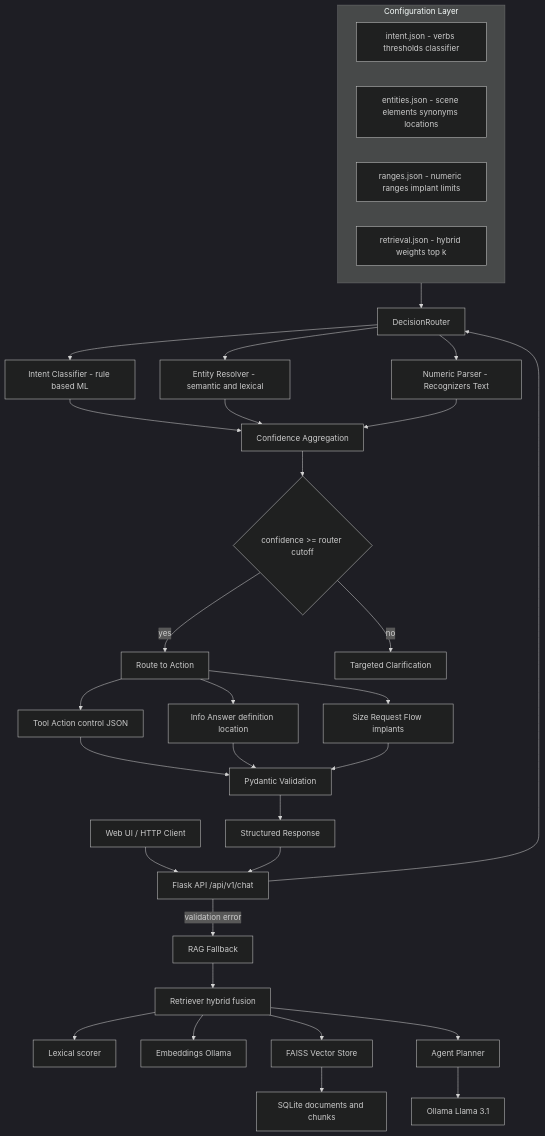
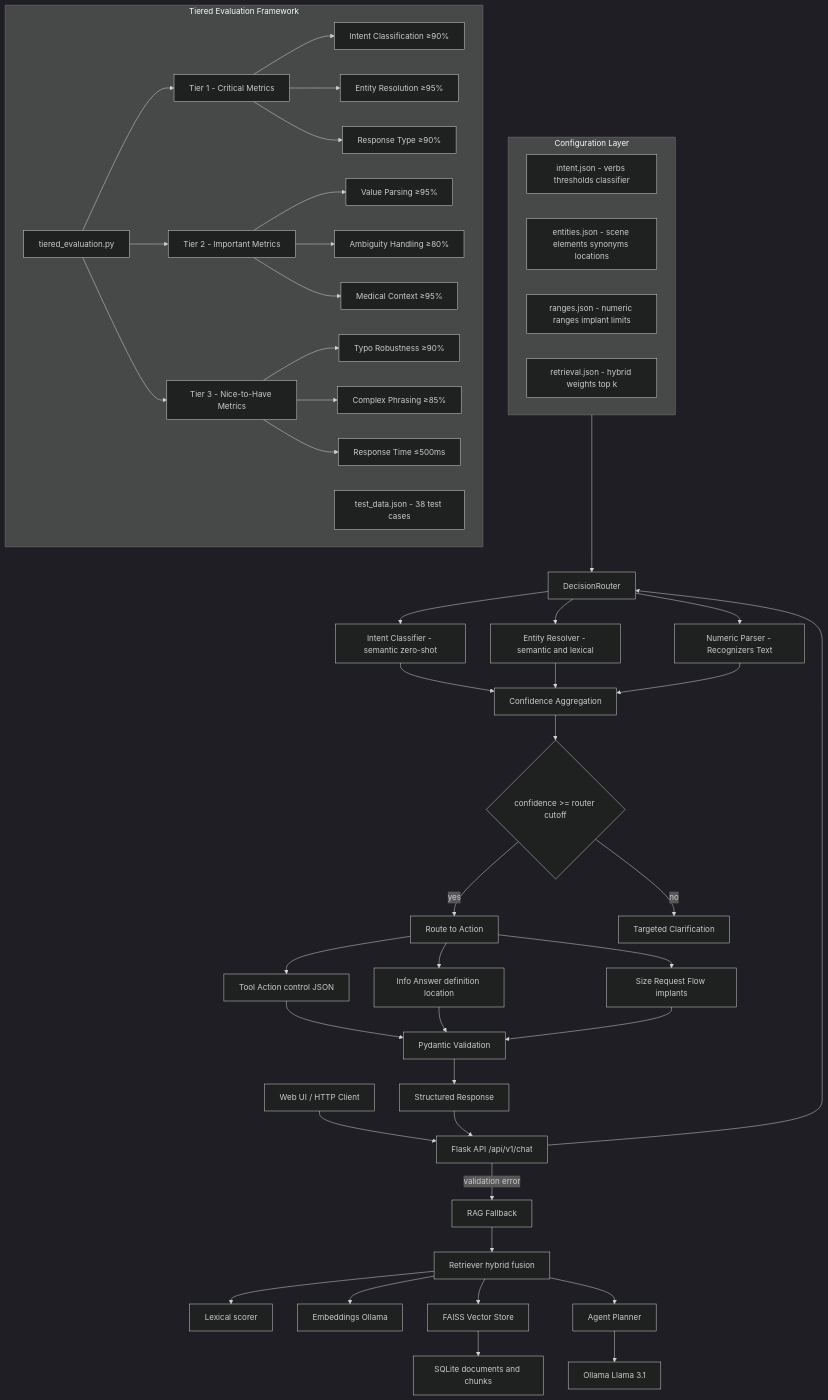
The diagram in docs/architecture.md (Mohitnayak/agentic_RAG_medical_VR), drawn with Mermaid (dark theme) before and after one commit. The commit also changed other lines of this file and 15 other files, not shown here.

Commit message:
Added zero shot parsing and evaluation methods

````diff
--- a/docs/architecture.md
+++ b/docs/architecture.md
@@ -7,46 +7,67 @@
 ```mermaid
 flowchart TB
     UI[Web UI / HTTP Client] --> API[Flask API /api/v1/chat]
 
     subgraph Config[Configuration Layer]
         INTENT_CFG[intent.json - verbs thresholds classifier]
         ENTITIES_CFG[entities.json - scene elements synonyms locations]
         RANGES_CFG[ranges.json - numeric ranges implant limits]
         RETRIEVAL_CFG[retrieval.json - hybrid weights top k]
     end
 
     API --> ROUTER[DecisionRouter]
     Config --> ROUTER
 
-    ROUTER --> IC[Intent Classifier - rule based ML]
+    ROUTER --> IC[Intent Classifier - semantic zero-shot]
     ROUTER --> ER[Entity Resolver - semantic and lexical]
     ROUTER --> NP[Numeric Parser - Recognizers Text]
 
     IC --> CONF[Confidence Aggregation]
     ER --> CONF
     NP --> CONF
 
     CONF --> DECIDE{confidence >= router cutoff}
     DECIDE -->|yes| ACTIONS[Route to Action]
     DECIDE -->|no| CLARIFY[Targeted Clarification]
 
     ACTIONS --> CTRL[Tool Action control JSON]
     ACTIONS --> INFO[Info Answer definition location]
     ACTIONS --> SIZE[Size Request Flow implants]
 
     CTRL --> VALID[Pydantic Validation]
     INFO --> VALID
     SIZE --> VALID
     VALID --> RESP[Structured Response]
     RESP --> API
 
     %% Validation failure -> fallback RAG
     API -->|validation error| RAG[RAG Fallback]
     RAG --> RET[Retriever hybrid fusion]
     RET --> LEX[Lexical scorer]
     RET --> EMB[Embeddings Ollama]
     RET --> VS[FAISS Vector Store]
     VS --> DB[SQLite documents and chunks]
     RET --> AGENT[Agent Planner]
     AGENT --> LLM[Ollama Llama 3.1]
+
+    %% Evaluation Framework
+    subgraph EVAL[Tiered Evaluation Framework]
+        EVAL_SCRIPT[tiered_evaluation.py]
+        TEST_DATA[test_data.json - 38 test cases]
+        EVAL_SCRIPT --> TIER1[Tier 1 - Critical Metrics]
+        EVAL_SCRIPT --> TIER2[Tier 2 - Important Metrics]
+        EVAL_SCRIPT --> TIER3[Tier 3 - Nice-to-Have Metrics]
+        
+        TIER1 --> IC_EVAL[Intent Classification ≥90%]
+        TIER1 --> ER_EVAL[Entity Resolution ≥95%]
+        TIER1 --> RT_EVAL[Response Type ≥90%]
+        
+        TIER2 --> VP_EVAL[Value Parsing ≥95%]
+        TIER2 --> AH_EVAL[Ambiguity Handling ≥80%]
+        TIER2 --> MC_EVAL[Medical Context ≥95%]
+        
+        TIER3 --> TR_EVAL[Typo Robustness ≥90%]
+        TIER3 --> CP_EVAL[Complex Phrasing ≥85%]
+        TIER3 --> RTIME_EVAL[Response Time ≤500ms]
+    end
 ```
````
